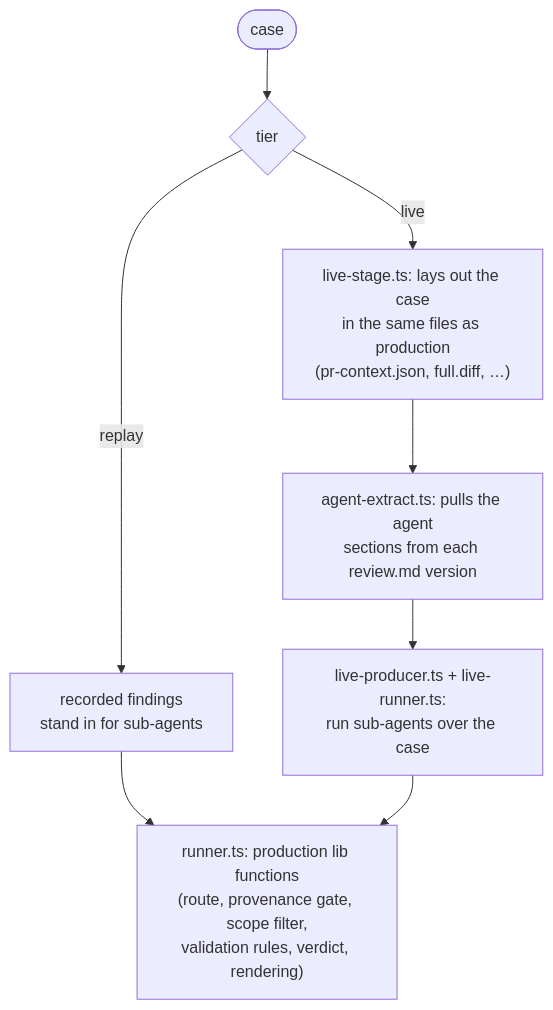
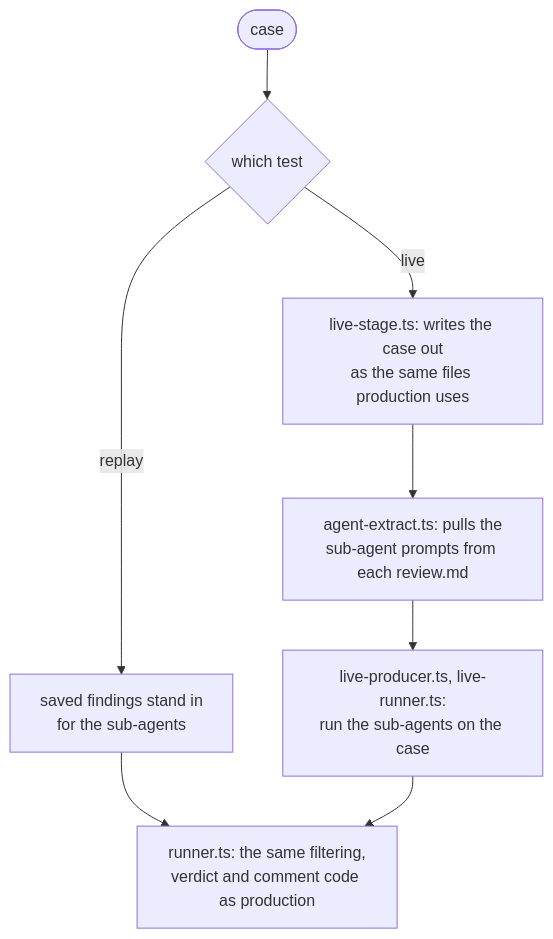
Diagram 11 of 12 in workflows/review/ARCHITECTURE.md (Khan/actions), drawn with Mermaid before and after one commit. The commit also changed other lines of this file, not shown here.

````diff
--- a/workflows/review/ARCHITECTURE.md
+++ b/workflows/review/ARCHITECTURE.md
@@ -348,10 +350,10 @@
 ```mermaid
 flowchart TD
-  Case([case]) --> R{tier}
-  R -->|replay| RF["recorded findings<br/>stand in for sub-agents"]
-  R -->|live| ST["live-stage.ts: lays out the case<br/>in the same files as production<br/>(pr-context.json, full.diff, …)"]
-  ST --> EX["agent-extract.ts: pulls the agent<br/>sections from each review.md version"]
-  EX --> LP["live-producer.ts + live-runner.ts:<br/>run sub-agents over the case"]
-  RF --> PIPE["runner.ts: production lib functions<br/>(route, provenance gate, scope filter,<br/>validation rules, verdict, rendering)"]
+  Case([case]) --> R{which test}
+  R -->|replay| RF["saved findings stand in<br/>for the sub-agents"]
+  R -->|live| ST["live-stage.ts: writes the case out<br/>as the same files production uses"]
+  ST --> EX["agent-extract.ts: pulls the<br/>sub-agent prompts from each review.md"]
+  EX --> LP["live-producer.ts, live-runner.ts:<br/>run the sub-agents on the case"]
+  RF --> PIPE["runner.ts: the same filtering,<br/>verdict and comment code as production"]
   LP --> PIPE
 ```
````
